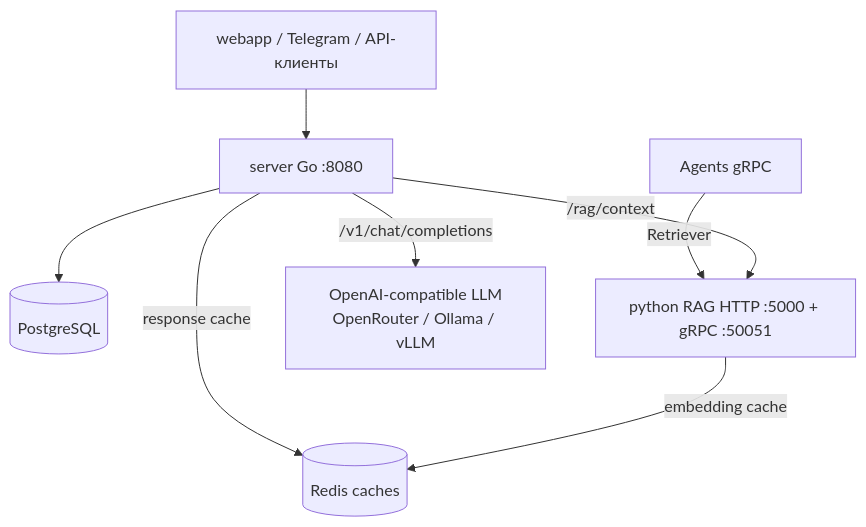
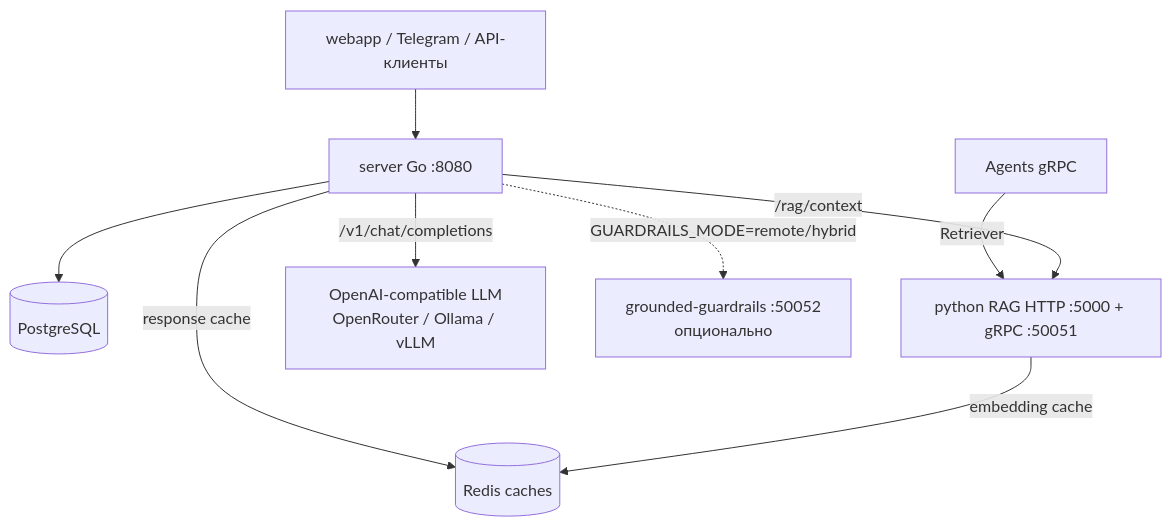
One commit to kantik001/grounded-llm changed the diagram in docs/ru/knowledge-base/server-overview.md. Above: the diagram before and after it, drawn with Mermaid. The commit also changed other lines of this file and 14 other files, not shown here.

````diff
--- a/docs/ru/knowledge-base/server-overview.md
+++ b/docs/ru/knowledge-base/server-overview.md
@@ -49,18 +50,20 @@
 ```mermaid
 flowchart TB
     Web[webapp / Telegram / API-клиенты]
     Agents[Agents gRPC]
     Go[server Go :8080]
     PG[(PostgreSQL)]
     Redis[(Redis caches)]
     Py[python RAG HTTP :5000 + gRPC :50051]
     LLM[OpenAI-compatible LLM\nOpenRouter / Ollama / vLLM]
+    GR[grounded-guardrails :50052\nопционально]
 
     Web --> Go
     Agents -->|Retriever| Py
     Go --> PG
     Go -->|response cache| Redis
     Go -->|/rag/context| Py
     Py -->|embedding cache| Redis
     Go -->|/v1/chat/completions| LLM
+    Go -.->|GUARDRAILS_MODE=remote/hybrid| GR
 ```
````
